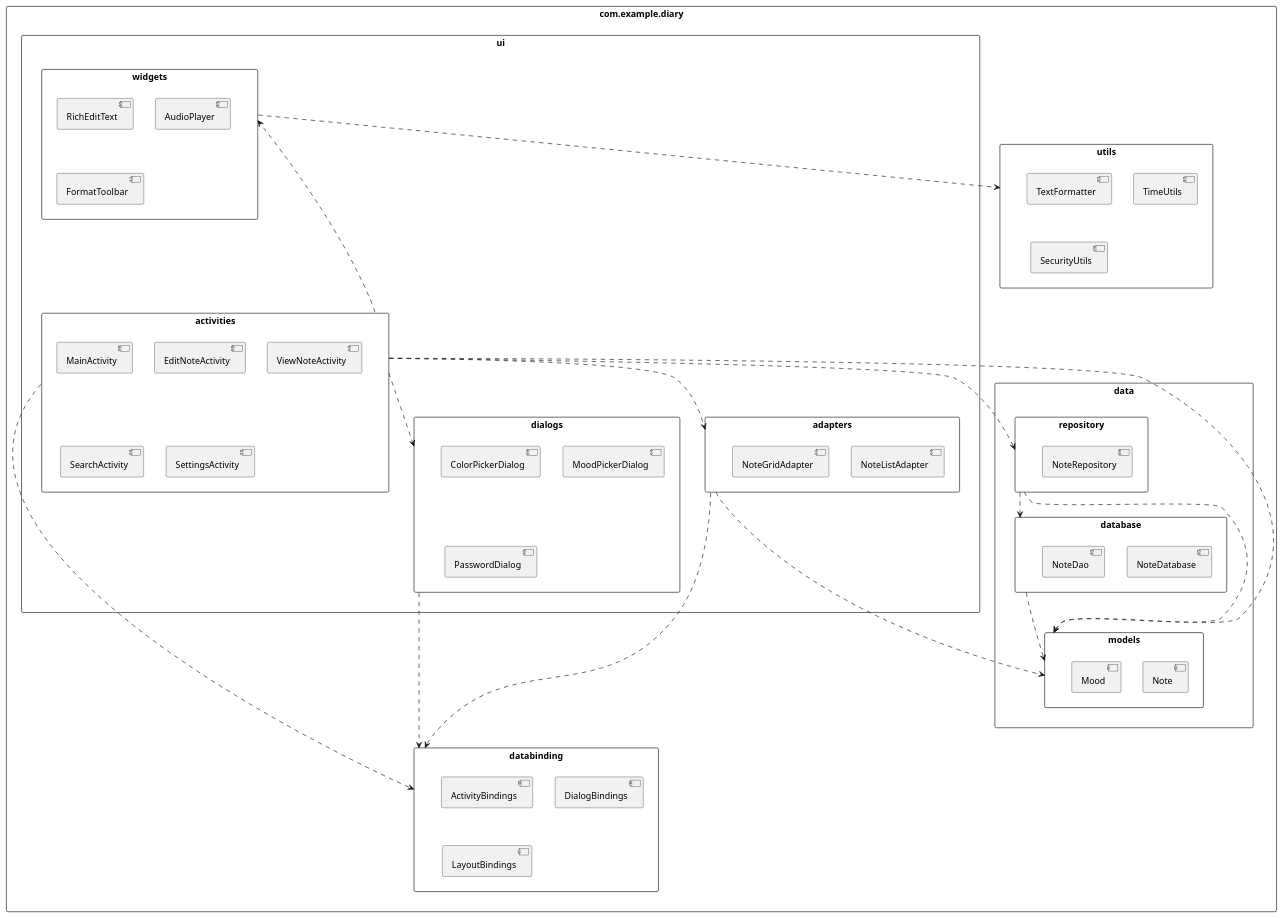
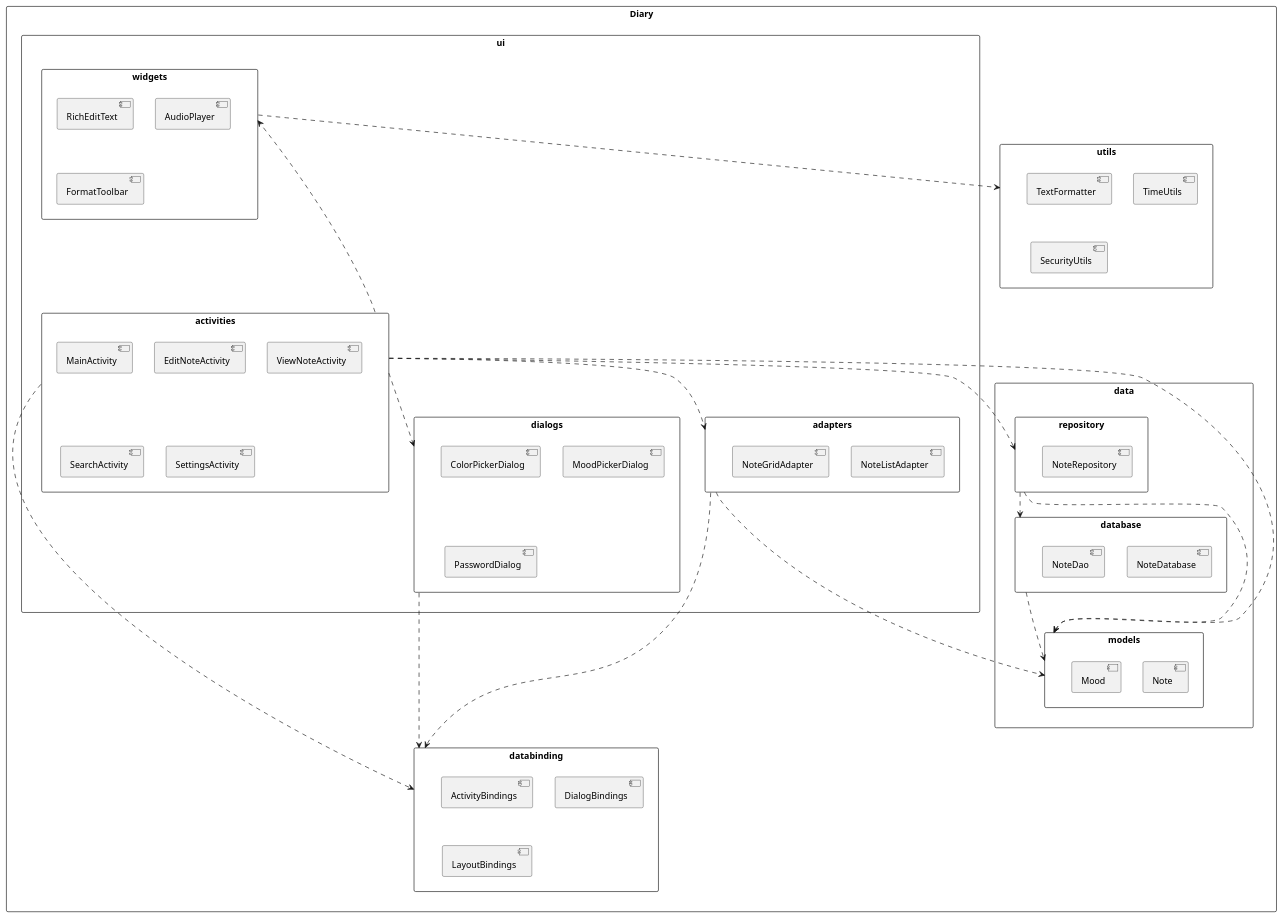
The diagram in app/src/main/java/com/example/diary/graph/package.puml (YunhanGa0/Diary_App), drawn with PlantUML before and after one commit. The commit also changed 18 other files, not shown here.

```diff
--- a/app/src/main/java/com/example/diary/graph/package.puml
+++ b/app/src/main/java/com/example/diary/graph/package.puml
@@ -1,82 +1,82 @@
 @startuml Diary App Package Diagram
 
 skinparam packageStyle rectangle
 
-package "com.example.diary" {
+package "Diary" {
     package "ui" {
         package "activities" {
             [MainActivity]
             [EditNoteActivity]
             [ViewNoteActivity]
             [SearchActivity]
             [SettingsActivity]
         }
 
         package "dialogs" {
             [ColorPickerDialog]
             [MoodPickerDialog]
             [PasswordDialog]
         }
 
         package "adapters" {
             [NoteListAdapter]
             [NoteGridAdapter]
         }
 
         package "widgets" {
             [RichEditText]
             [AudioPlayer]
             [FormatToolbar]
         }
     }
 
     package "data" {
         package "database" {
             [NoteDatabase]
             [NoteDao]
         }
 
         package "models" {
             [Note]
             [Mood]
         }
 
         package "repository" {
             [NoteRepository]
         }
     }
 
     package "utils" {
         [TextFormatter]
         [TimeUtils]
         [SecurityUtils]
     }
 
     package "databinding" {
         [ActivityBindings]
         [DialogBindings]
         [LayoutBindings]
     }
 }
 
 ' 定义依赖关系
 activities ..> models
 activities ..> repository
 activities .-up-.> widgets
 activities ..> dialogs
 activities ..> adapters
 
 adapters ..> models
 adapters .-down-.> databinding
 
 repository ..> database
 repository ..> models
 
 database ..> models
 
 dialogs .-down-.> databinding
 activities .-down-.> databinding
 
 widgets ..> utils
 
 @enduml
```
